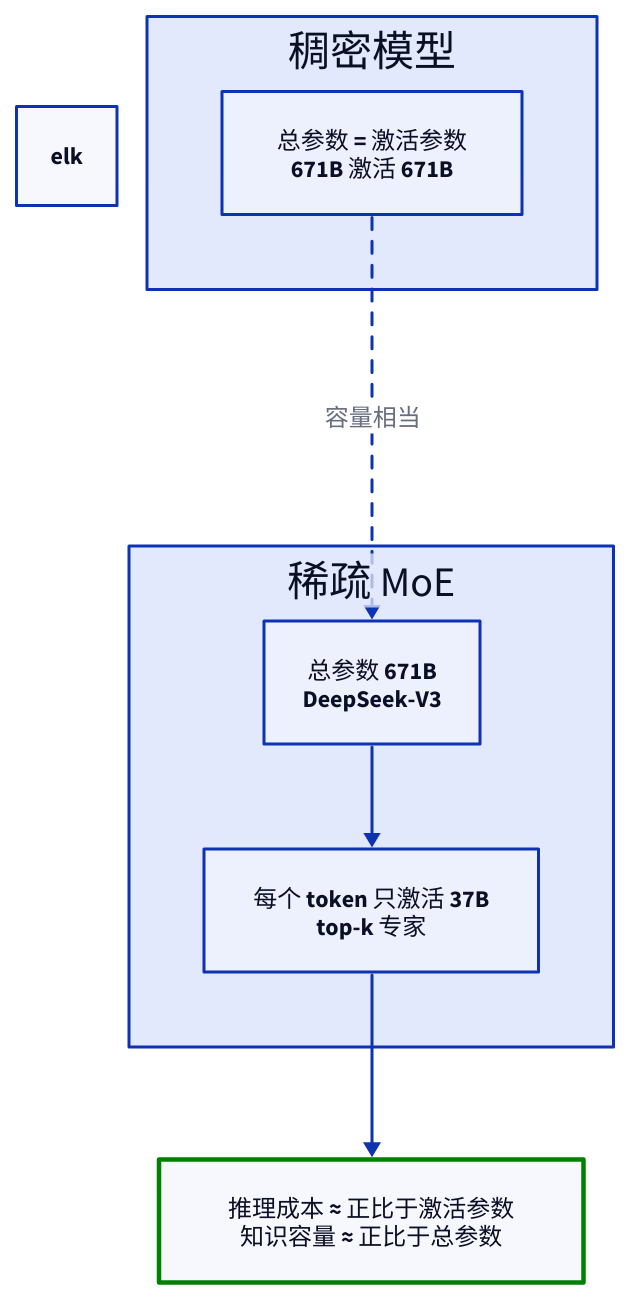
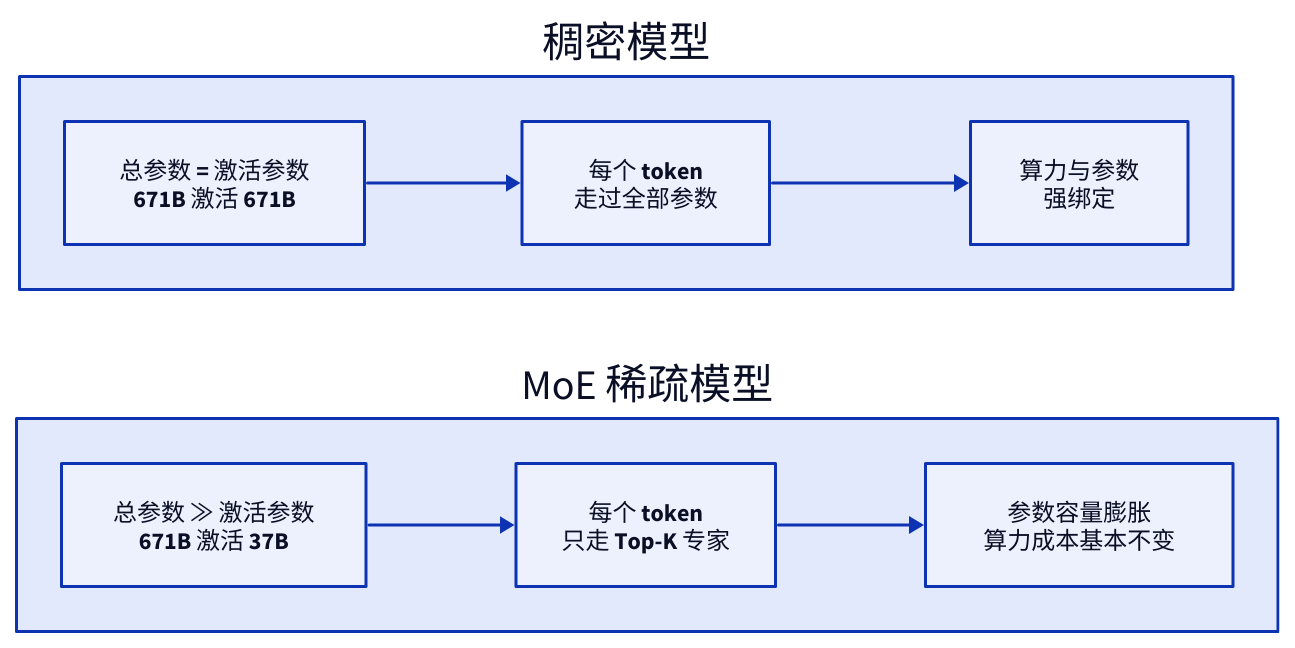
One commit to 111qqz/111qqz.github.io changed the diagram in images/moe-structure-expert-gate-notes/dense-vs-sparse-capacity.d2. Above: the diagram before and after it, drawn with D2. The commit also changed 4262 other files, not shown here.

Commit message:
fix: 修复 D2 配图显示尺寸过大问题并优化文章图表布局 111qqz/hugo-blog@676d4325cba7819ac391c37e539dd3b8ec0dd11f

```diff
--- a/images/moe-structure-expert-gate-notes/dense-vs-sparse-capacity.d2
+++ b/images/moe-structure-expert-gate-notes/dense-vs-sparse-capacity.d2
@@ -1,21 +1,15 @@
-layout-engine: elk
-direction: down
+direction: right
 
 "稠密模型": {
   D1: "总参数 = 激活参数\n671B 激活 671B"
+  D2: "每个 token\n走过全部参数"
+  D3: "算力与参数\n强绑定"
+  D1 -> D2 -> D3
 }
 
-"稀疏 MoE": {
-  S1: "总参数 671B\nDeepSeek-V3"
-  S2: "每个 token 只激活 37B\ntop-k 专家"
-  S1 -> S2
+"MoE 稀疏模型": {
+  M1: "总参数 ≫ 激活参数\n671B 激活 37B"
+  M2: "每个 token\n只走 Top-K 专家"
+  M3: "参数容量膨胀\n算力成本基本不变"
+  M1 -> M2 -> M3
 }
-
-"稠密模型".D1 -> "稀疏 MoE".S1: "容量相当" { style.stroke-dash: 4 }
-
-Cost: "推理成本 ≈ 正比于激活参数\n知识容量 ≈ 正比于总参数" {
-  style.stroke: green
-  style.stroke-width: 3
-}
-
-"稀疏 MoE".S2 -> Cost
```
